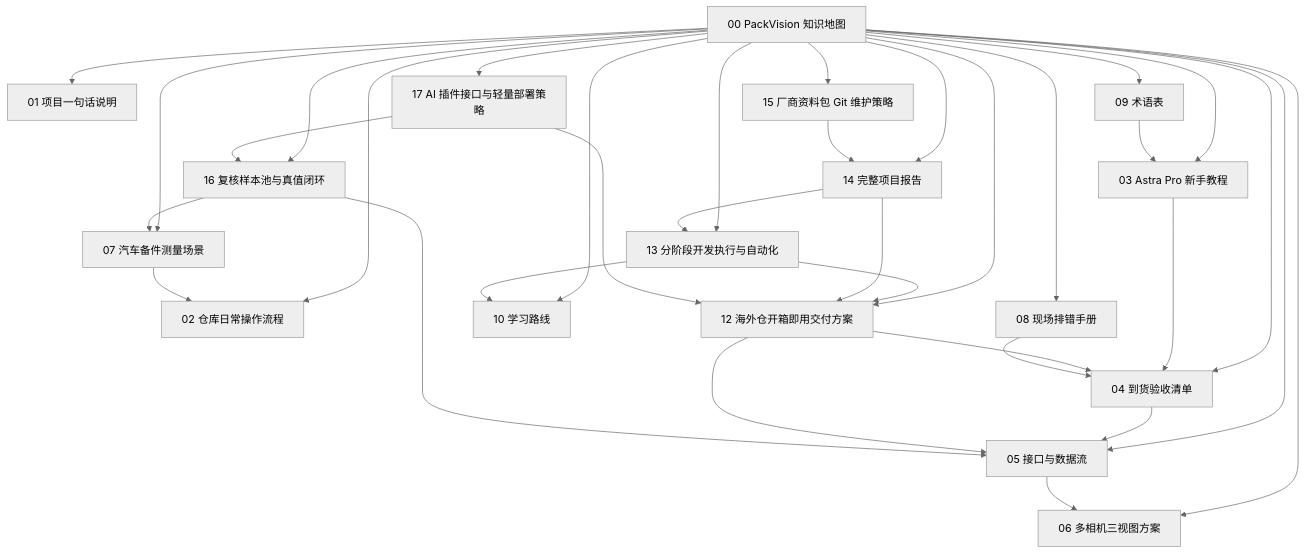
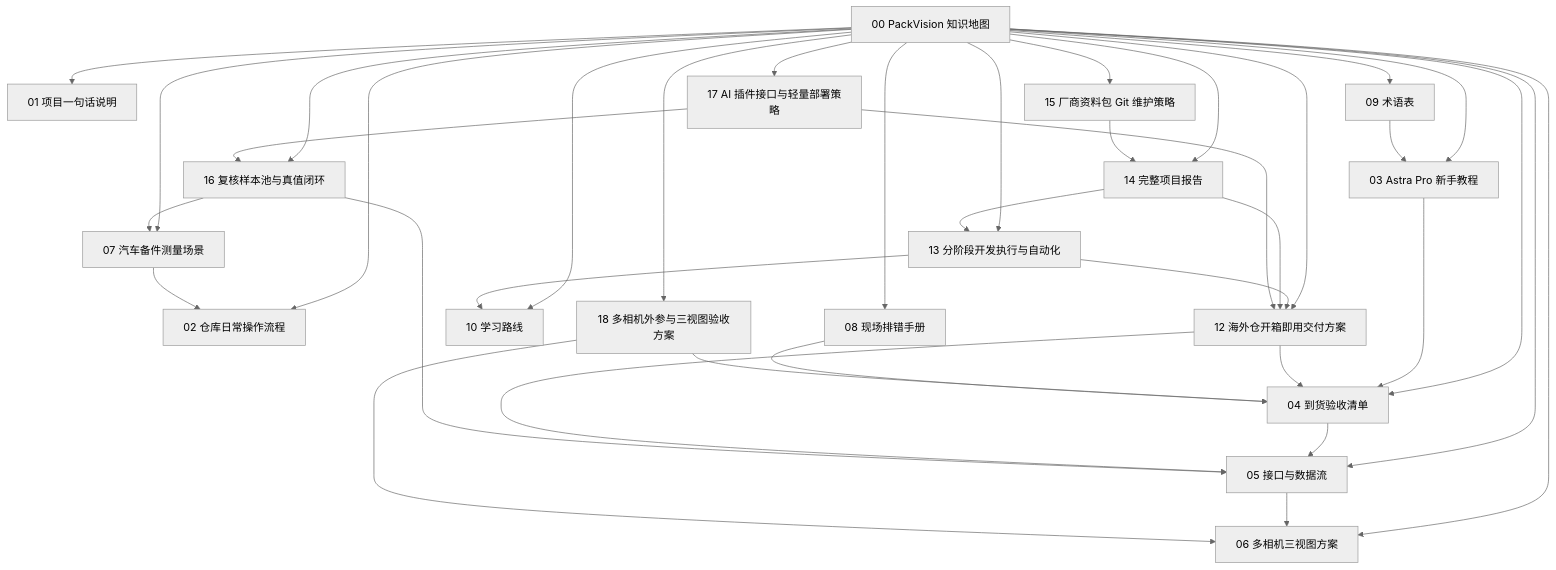
Before and after one commit to BilibiliSZdaomei/packvision: the diagram in docs_obsidian/PackVision/00 PackVision 知识地图.md, drawn with Mermaid (neutral theme). The commit also changed other lines of this file and 11 other files, not shown here.

````diff
--- a/docs_obsidian/PackVision/00 PackVision 知识地图.md
+++ b/docs_obsidian/PackVision/00 PackVision 知识地图.md
@@ -41,36 +42,39 @@
 ```mermaid
 graph TD
   A["00 PackVision 知识地图"] --> B["01 项目一句话说明"]
   A --> C["02 仓库日常操作流程"]
   A --> D["03 Astra Pro 新手教程"]
   A --> E["04 到货验收清单"]
   A --> F["05 接口与数据流"]
   A --> G["06 多相机三视图方案"]
   A --> H["07 汽车备件测量场景"]
   A --> I["08 现场排错手册"]
   A --> J["09 术语表"]
   A --> K["10 学习路线"]
   A --> L["12 海外仓开箱即用交付方案"]
   A --> M["13 分阶段开发执行与自动化"]
   A --> N["14 完整项目报告"]
   A --> O["15 厂商资料包 Git 维护策略"]
   A --> P["16 复核样本池与真值闭环"]
   A --> Q["17 AI 插件接口与轻量部署策略"]
+  A --> R["18 多相机外参与三视图验收方案"]
   D --> E
   E --> F
   F --> G
   L --> E
   L --> F
   M --> K
   M --> L
   N --> L
   N --> M
   O --> N
   P --> F
   P --> H
   Q --> P
   Q --> L
+  R --> G
+  R --> E
   H --> C
   I --> E
   J --> D
 ```
````
